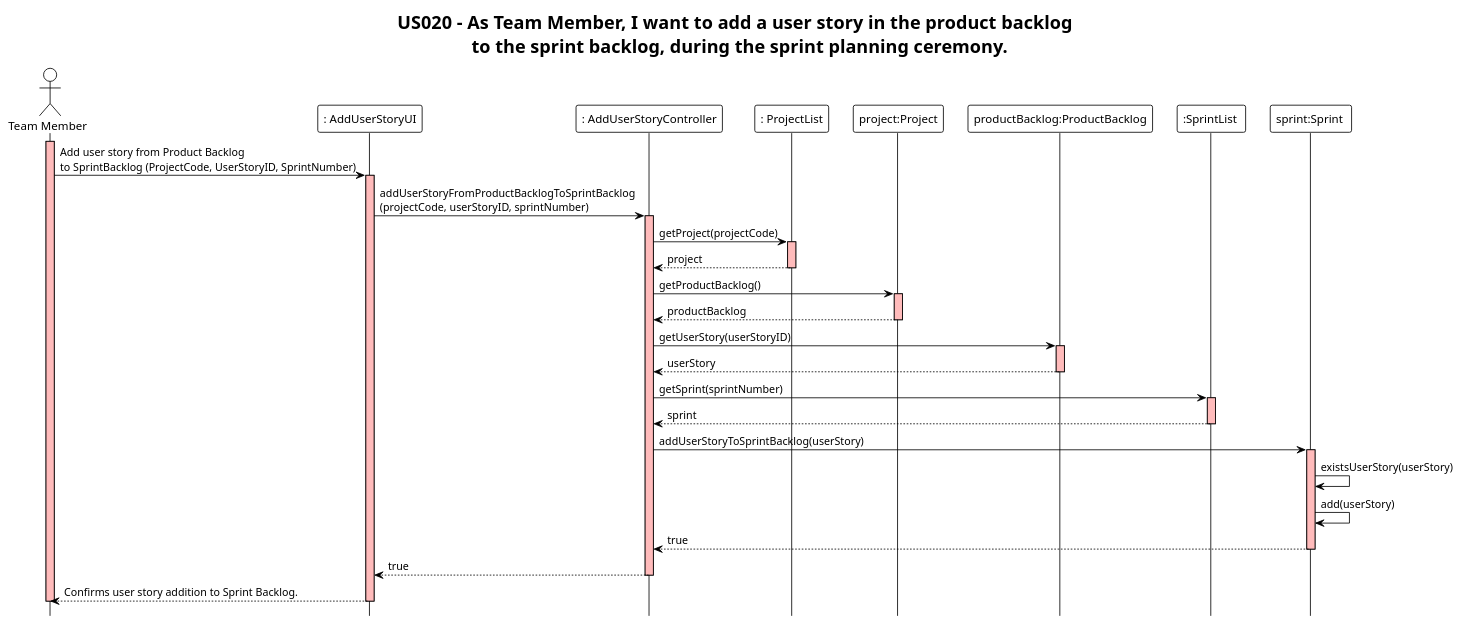
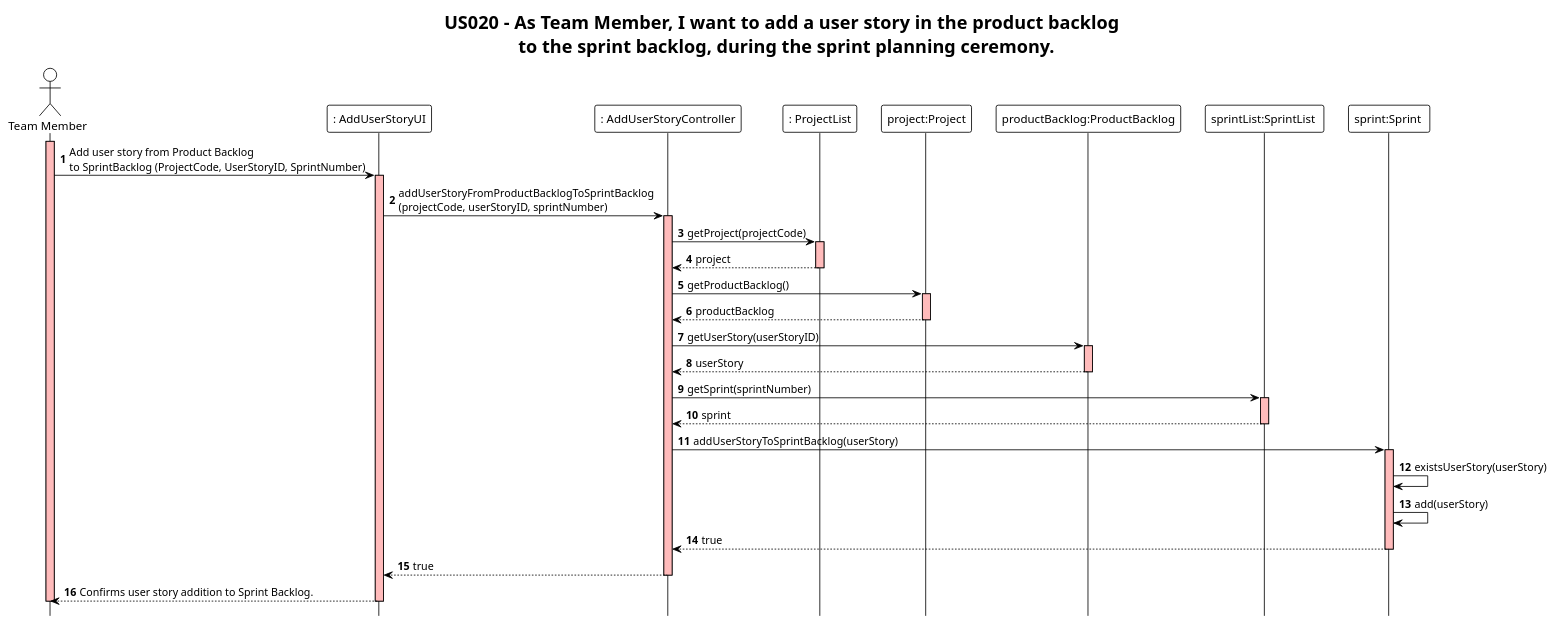
Before and after one commit to ivo-menezes/project_g3: the diagram in docs/modelling_design/user_stories/us020/US020_AddUserStoryFromProductBacklogToSprintBacklogSD.puml, drawn with PlantUML. The commit also changed 2 other files, not shown here.

```diff
--- a/docs/modelling_design/user_stories/us020/US020_AddUserStoryFromProductBacklogToSprintBacklogSD.puml
+++ b/docs/modelling_design/user_stories/us020/US020_AddUserStoryFromProductBacklogToSprintBacklogSD.puml
@@ -1,55 +1,56 @@
 @startuml
 !theme plain
+autonumber
 hide footbox
 title US020 - As Team Member, I want to add a user story in the product backlog \n to the sprint backlog, during the sprint planning ceremony.
 
 actor "Team Member" as user
 participant ": AddUserStoryUI" as UI
 participant ": AddUserStoryController" as Controller
 participant ": ProjectList" as ProjectList
 participant "project:Project" as Project
 participant "productBacklog:ProductBacklog" as ProductBacklog
-participant ":SprintList " as SprintList
+participant "sprintList:SprintList " as SprintList
 participant "sprint:Sprint " as Sprint
 
 activate user #FFBBBB
 user -> UI:Add user story from Product Backlog \nto SprintBacklog (ProjectCode, UserStoryID, SprintNumber)
 
 activate UI #FFBBBB
 UI -> Controller:addUserStoryFromProductBacklogToSprintBacklog\n(projectCode, userStoryID, sprintNumber)
 
 activate Controller #FFBBBB
 Controller -> ProjectList:getProject(projectCode)
 activate ProjectList #FFBBBB
 ProjectList --> Controller:project
 deactivate ProjectList
 
 
 Controller -> Project:getProductBacklog()
 activate Project #FFBBBB
 Project --> Controller: productBacklog
 deactivate Project
 
 Controller -> ProductBacklog:getUserStory(userStoryID)
 activate ProductBacklog #FFBBBB
 ProductBacklog --> Controller:userStory
 deactivate ProductBacklog #FFBBBB
 
 Controller -> SprintList:getSprint(sprintNumber)
 activate SprintList #FFBBBB
 SprintList --> Controller: sprint
 deactivate SprintList #FFBBBB
 
 Controller -> Sprint:addUserStoryToSprintBacklog(userStory)
 activate Sprint #FFBBBB
 Sprint -> Sprint:existsUserStory(userStory)
 Sprint -> Sprint:add(userStory)
 Sprint --> Controller:true
 deactivate Sprint #FFBBBB
 Controller --> UI:true
 deactivate Controller #FFBBBB
 UI --> user:Confirms user story addition to Sprint Backlog.
 deactivate UI #FFBBBB
 deactivate user #FFBBBB
 
 @enduml
```
